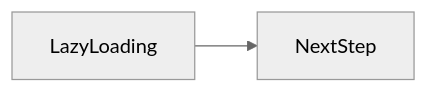
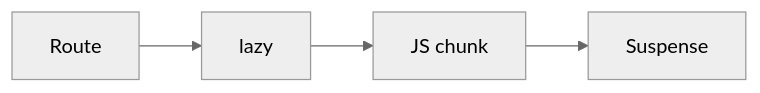
Before and after one commit to OmidJavaherii/Frontend-Engineering-Handbook: the second of 2 diagrams in docs/en/10-react/lazy-loading/index.md, drawn with Mermaid (neutral theme). The commit also changed other lines of this file and 461 other files, not shown here.

````diff
--- a/docs/en/10-react/lazy-loading/index.md
+++ b/docs/en/10-react/lazy-loading/index.md
@@ -96,4 +116,5 @@
 ```mermaid
 flowchart LR
-  concept[LazyLoading] --> nextStep[NextStep]
+  Route --> lazy --> Chunk[JS chunk]
+  Chunk --> Suspense
 ```
````
